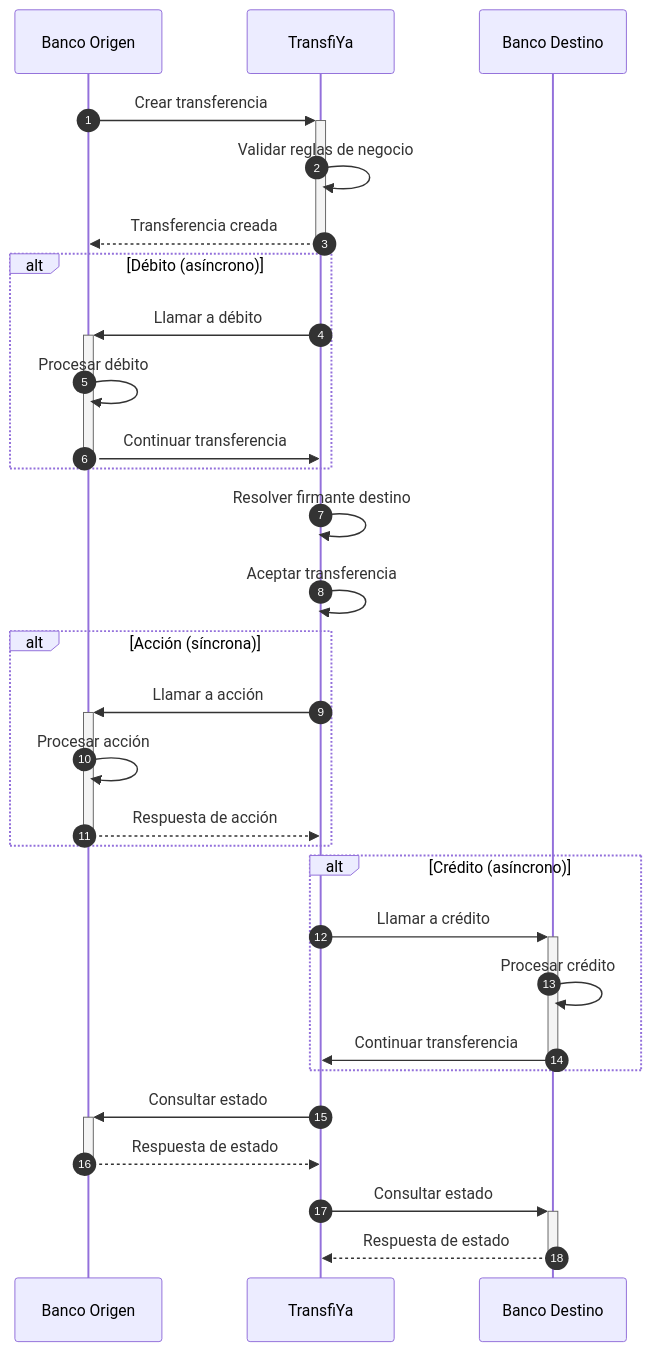
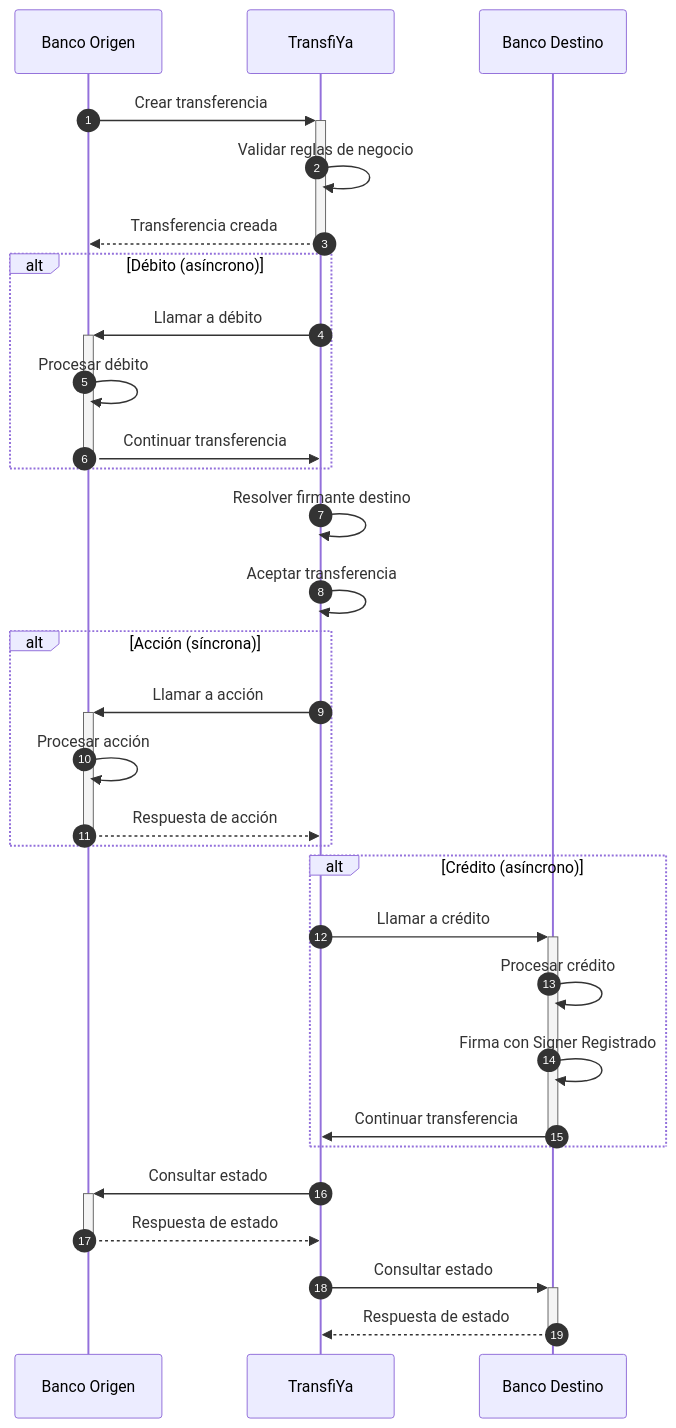
One commit to dom-minka/docs changed the first of 3 diagrams in es/v1.85/b2b/guides/how-to-create-transfer.mdx. Above: the diagram before and after it, drawn with Mermaid. The commit also changed other lines of this file, not shown here.

````diff
--- a/es/v1.85/b2b/guides/how-to-create-transfer.mdx
+++ b/es/v1.85/b2b/guides/how-to-create-transfer.mdx
@@ -60,38 +60,39 @@
     ```mermaid
     sequenceDiagram
       autonumber
       participant sb as Banco Origen
       participant ty as TransfiYa
       participant tb as Banco Destino
     
       sb ->>+ ty: Crear transferencia
       ty ->> ty: Validar reglas de negocio
       ty -->>- sb: Transferencia creada
     
       alt Débito (asíncrono)
         ty ->>+ sb: Llamar a débito
         sb ->> sb: Procesar débito
         sb ->> -ty: Continuar transferencia
       end
     
       ty ->> ty: Resolver firmante destino
       ty ->> ty: Aceptar transferencia
     
       alt Acción (síncrona)
         ty ->>+ sb: Llamar a acción
         sb ->> sb: Procesar acción
         sb -->>- ty: Respuesta de acción
       end
     
       alt Crédito (asíncrono)
         ty ->>+ tb: Llamar a crédito
         tb ->> tb: Procesar crédito
+        tb ->> tb: Firma con Signer Registrado
         tb ->> -ty: Continuar transferencia
       end
     
       ty ->>+ sb: Consultar estado
       sb -->>- ty: Respuesta de estado
     
       ty ->>+ tb: Consultar estado
       tb -->>- ty: Respuesta de estado
     ```
````
